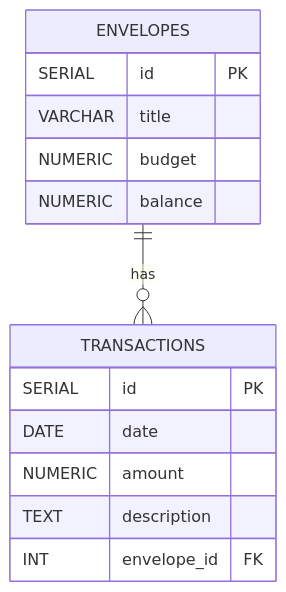
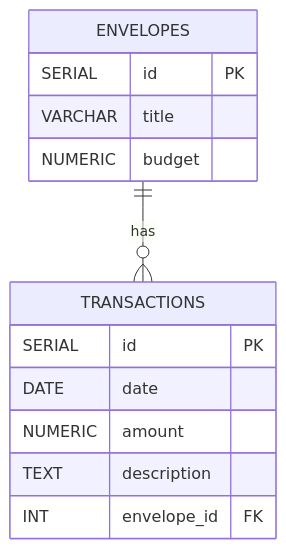
One commit to riascho/Budget-Project changed the second of 2 diagrams in Update.md. Above: the diagram before and after it, drawn with Mermaid. The commit also changed other lines of this file and 7 other files, not shown here.

````diff
--- a/Update.md
+++ b/Update.md
@@ -43,17 +46,16 @@
 ```mermaid
 erDiagram
     ENVELOPES ||--o{ TRANSACTIONS : "has"
     ENVELOPES {
         SERIAL id PK
         VARCHAR title
         NUMERIC budget
-        NUMERIC balance
     }
     TRANSACTIONS {
         SERIAL id PK
         DATE date
         NUMERIC amount
         TEXT description
         INT envelope_id FK
     }
 ```
````
